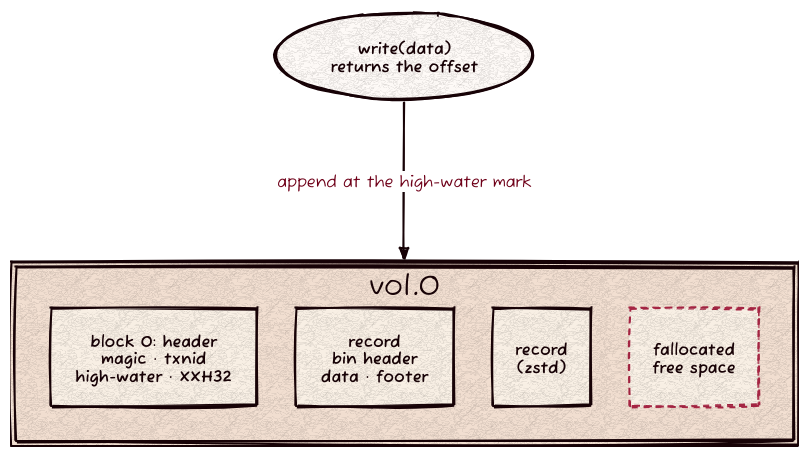
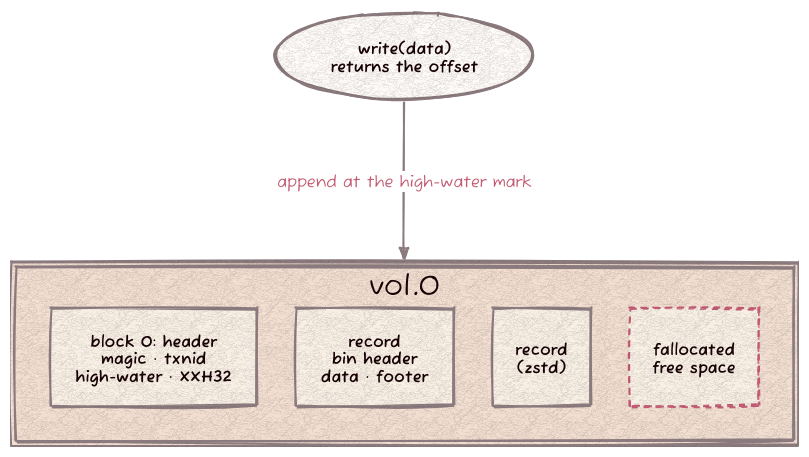
One commit to Kronuz/storage changed the diagram in docs/storage.d2. Above: the diagram before and after it, drawn with D2. The commit also changed 1 other file, not shown here.

Commit message:
Render the README diagram for light and dark pages
A transparent background, mid-tone lines and mid-tone edge labels let
the one SVG read on GitHub's light and dark themes; the header carries
the settings so a plain `d2` renders it the same way.

[skip ci]

```diff
--- a/docs/storage.d2
+++ b/docs/storage.d2
@@ -1,13 +1,16 @@
 # storage: one volume file. Render: d2 --layout elk --sketch --theme 302 docs/storage.d2 docs/storage.svg
-vars: { d2-config: { layout-engine: elk; theme-id: 302; sketch: true; pad: 24 } }
+# Render: d2 docs/storage.d2 docs/storage.svg
+vars: { d2-config: { layout-engine: elk; theme-id: 302; sketch: true; pad: 24; theme-overrides: { B1: "#8C7B7E"; B2: "#C25B73"; N2: "#C25B73" } } }
+style.fill: transparent
+
 direction: down
 w: "write(data)\nreturns the offset" {shape: oval}
 volume: "vol.0" {
   grid-columns: 4
   grid-gap: 40
   h: "block 0: header\nmagic · txnid\nhigh-water · XXH32"
   r1: "record\nbin header\ndata · footer"
   r2: "record\n(zstd)"
   free: "fallocated\nfree space" {style.stroke-dash: 3}
 }
 w -> volume: "append at the high-water mark"
```
